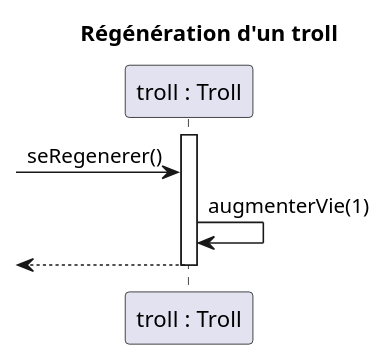
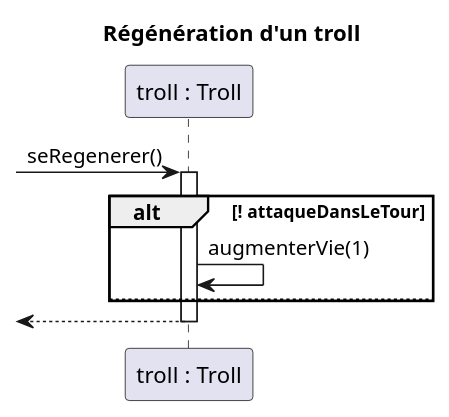
The diagram in documents/version_2/diagrammes/sequences/seRegenerer.puml (arnoux23u-IUTNC/2021_COO_Zeldiablo), drawn with PlantUML before and after one commit. The commit also changed 2 other files, not shown here.

Commit message:
Diagram Sequence V2

```diff
--- a/documents/version_2/diagrammes/sequences/seRegenerer.puml
+++ b/documents/version_2/diagrammes/sequences/seRegenerer.puml
@@ -1,15 +1,19 @@
 @startuml
 
 title "Régénération d'un troll"
 
 participant "troll : Troll" as troll
 
 
 
+
+-> troll : seRegenerer()
 activate troll
--> troll : seRegenerer()
+alt ! attaqueDansLeTour
 troll -> troll : augmenterVie(1)
+else
+end
 <-- troll
 deactivate troll
 
 @enduml
```
